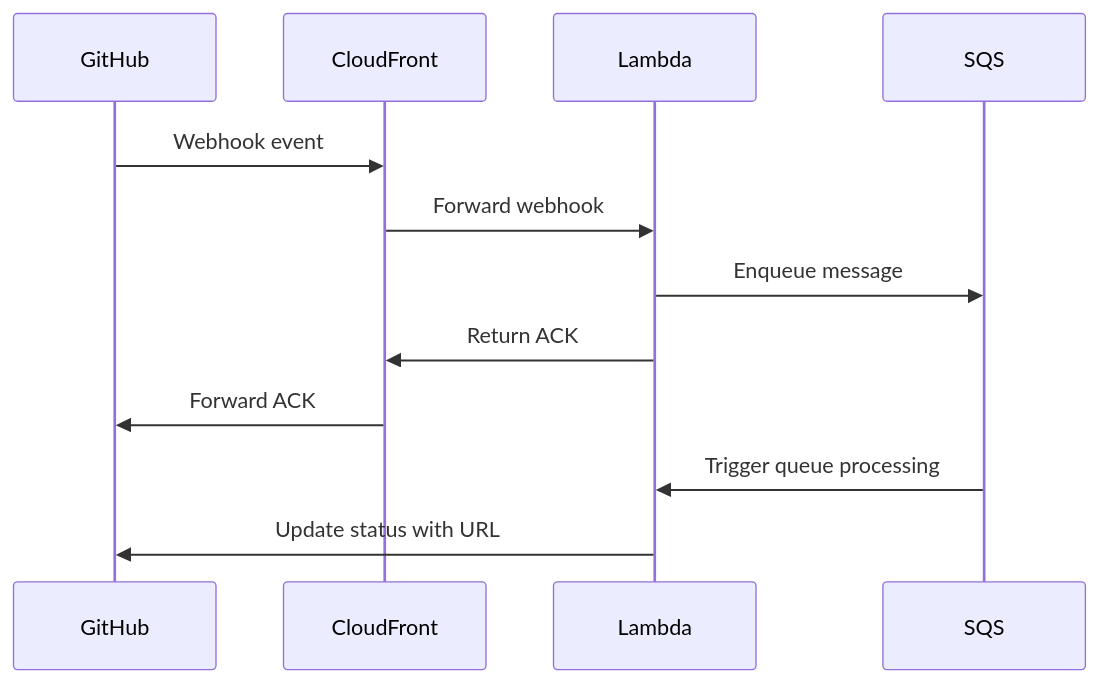
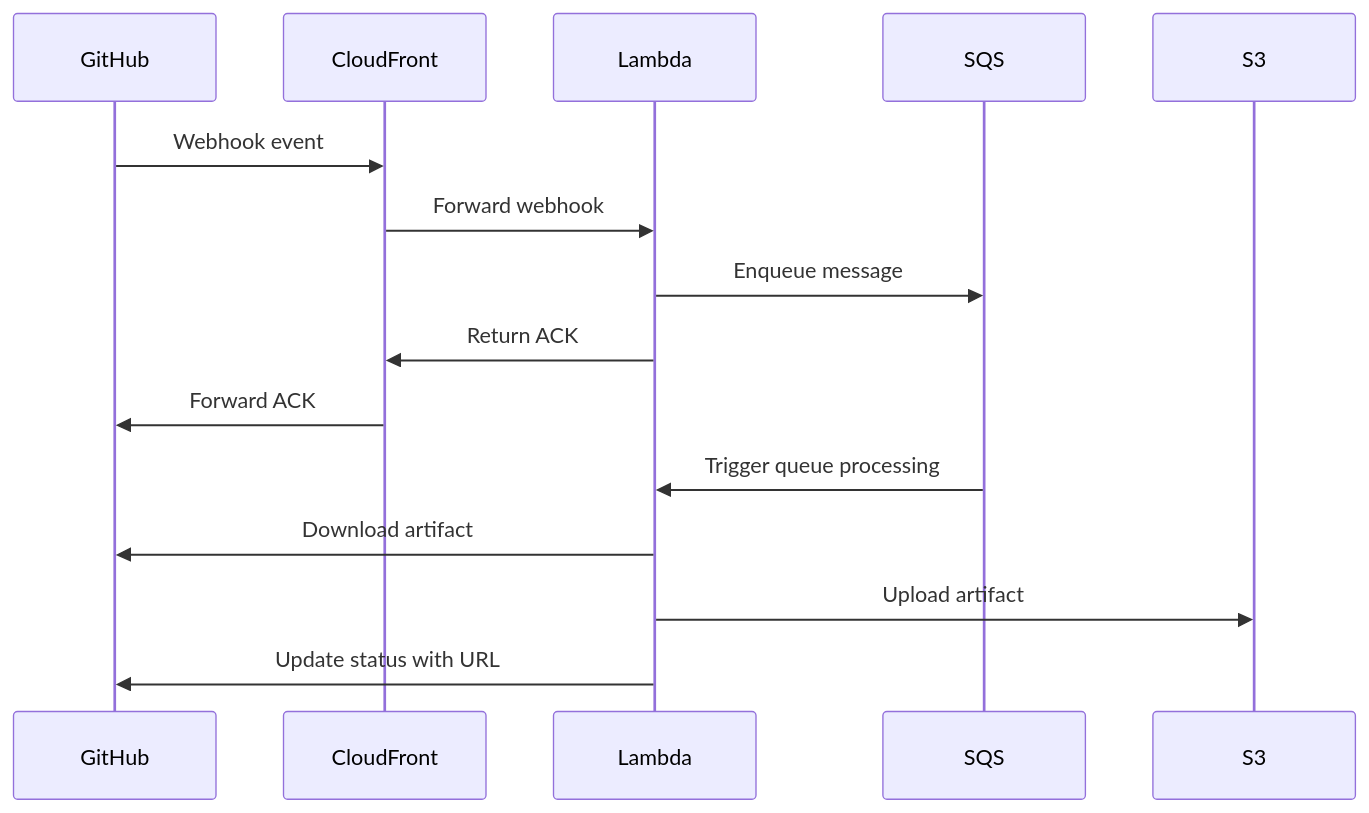
One commit to lasuillard-s/prevstat changed the diagram in CONTRIBUTING.md. Above: the diagram before and after it, drawn with Mermaid.

Commit message:
Update artifact upload sequence diagram

````diff
--- a/CONTRIBUTING.md
+++ b/CONTRIBUTING.md
@@ -13,15 +13,18 @@
 ```mermaid
 sequenceDiagram
   participant github as GitHub
   participant cloudfront as CloudFront
   participant lambda as Lambda
   participant sqs as SQS
+  participant s3 as S3
 
   github ->> cloudfront: Webhook event
   cloudfront ->> lambda: Forward webhook
   lambda ->> sqs: Enqueue message
   lambda ->> cloudfront: Return ACK
   cloudfront ->> github: Forward ACK
   sqs ->> lambda: Trigger queue processing
+  lambda ->> github: Download artifact
+  lambda ->> s3: Upload artifact
   lambda ->> github: Update status with URL
 ```
````
